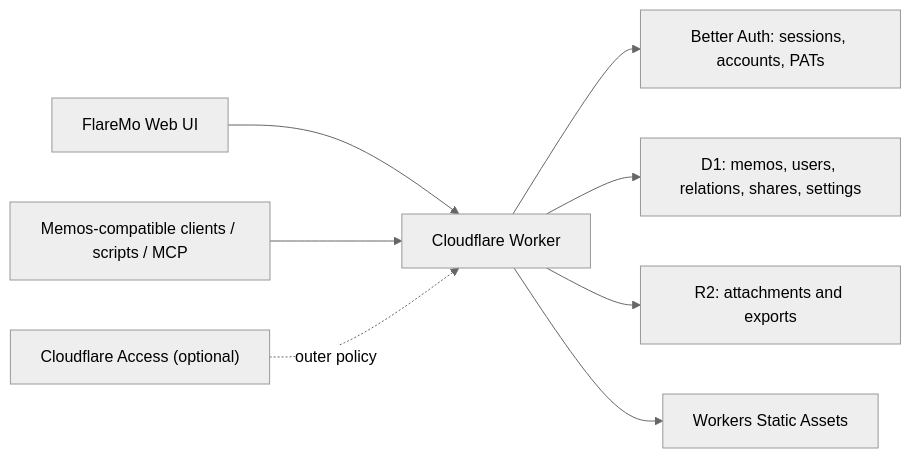
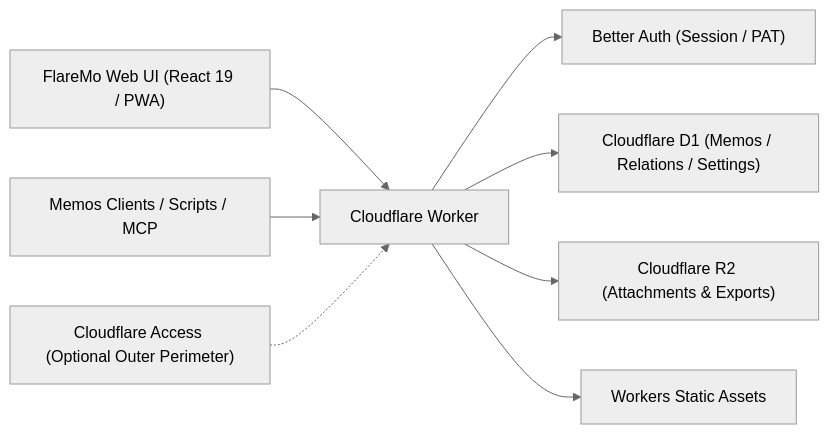
Before and after one commit to Jane-Rui/FlareMo: the diagram in README.md, drawn with Mermaid (neutral theme). The commit also changed other lines of this file and 992 other files, not shown here.

First line of the commit message:
Upgrade FlareMo to v0.22.0 with reviewed manual Cloudflare release

````diff
--- a/README.md
+++ b/README.md
@@ -229,11 +188,11 @@
 ```mermaid
 flowchart LR
-  Browser["FlareMo Web UI"] --> Worker["Cloudflare Worker"]
-  Clients["Memos-compatible clients / scripts / MCP"] --> Worker
+  Browser["FlareMo Web UI (React 19 / PWA)"] --> Worker["Cloudflare Worker"]
+  Clients["Memos Clients / Scripts / MCP"] --> Worker
 
-  Worker --> Auth["Better Auth: sessions, accounts, PATs"]
-  Worker --> D1["D1: memos, users, relations, shares, settings"]
-  Access["Cloudflare Access (optional)"] -. outer policy .-> Worker
-  Worker --> R2["R2: attachments and exports"]
+  Worker --> Auth["Better Auth (Session / PAT)"]
+  Worker --> D1["Cloudflare D1 (Memos / Relations / Settings)"]
+  Access["Cloudflare Access (Optional Outer Perimeter)"] -.-> Worker
+  Worker --> R2["Cloudflare R2 (Attachments & Exports)"]
   Worker --> Assets["Workers Static Assets"]
 ```
````
